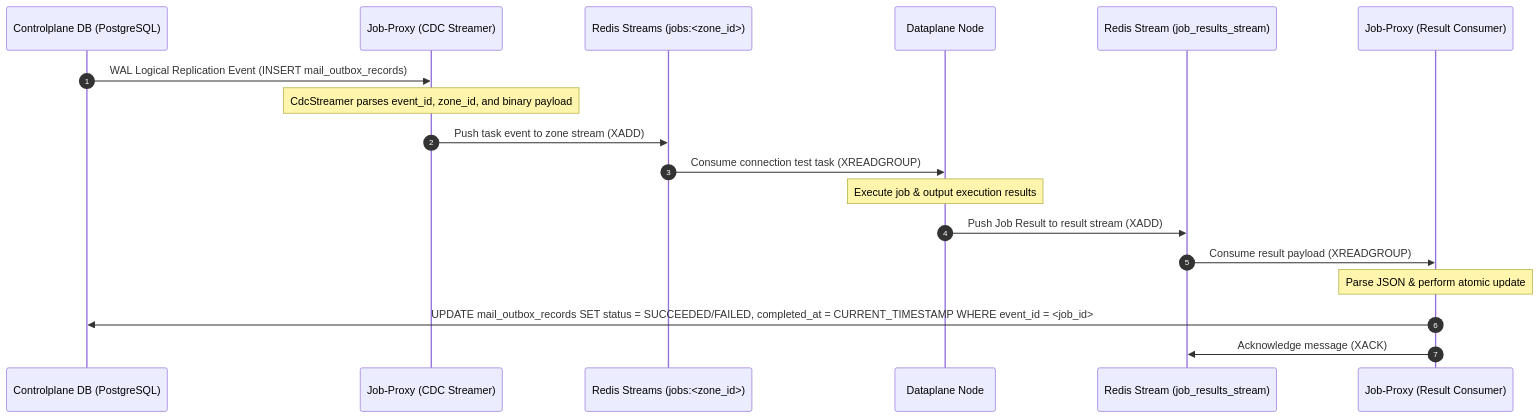
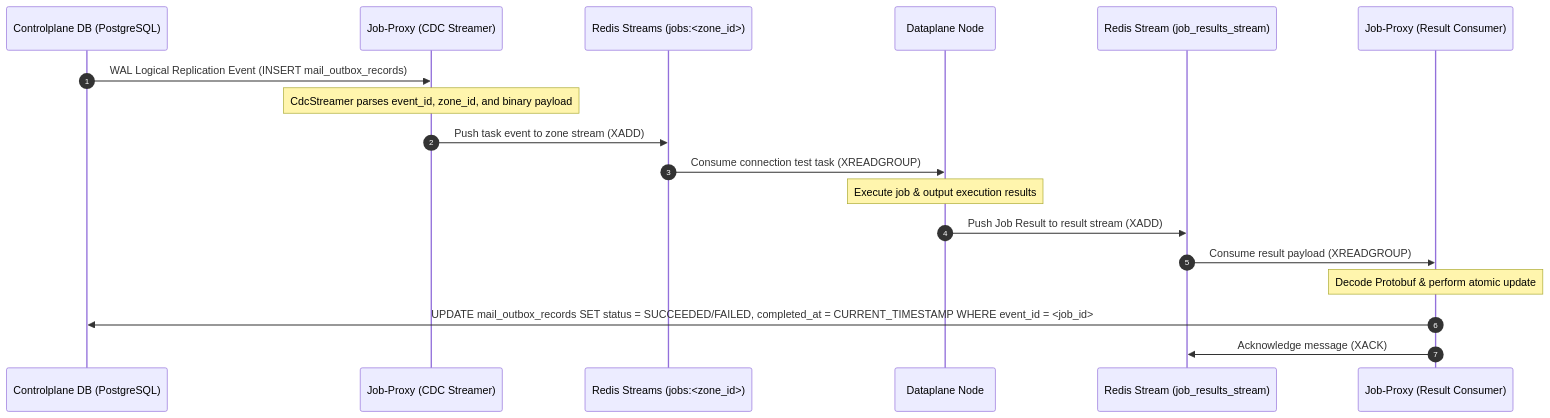
One commit to phucle996/aurora changed the third of 7 diagrams in god_view/mail/try_connect_god_view_workflow.md. Above: the diagram before and after it, drawn with Mermaid. The commit also changed other lines of this file and 49 other files, not shown here.

````diff
--- a/god_view/mail/try_connect_god_view_workflow.md
+++ b/god_view/mail/try_connect_god_view_workflow.md
@@ -274,23 +274,23 @@
 ```mermaid
 sequenceDiagram
     autonumber
     participant DB as Controlplane DB (PostgreSQL)
     participant JP_CDC as Job-Proxy (CDC Streamer)
     participant RDS as Redis Streams (jobs:<zone_id>)
     participant DP as Dataplane Node
     participant RDS_RES as Redis Stream (job_results_stream)
     participant JP_RC as Job-Proxy (Result Consumer)
 
     DB->>JP_CDC: WAL Logical Replication Event (INSERT mail_outbox_records)
     Note over JP_CDC: CdcStreamer parses event_id, zone_id, and binary payload
     JP_CDC->>RDS: Push task event to zone stream (XADD)
     
     RDS->>DP: Consume connection test task (XREADGROUP)
     Note over DP: Execute job & output execution results
     DP->>RDS_RES: Push Job Result to result stream (XADD)
     
     RDS_RES->>JP_RC: Consume result payload (XREADGROUP)
-    Note over JP_RC: Parse JSON & perform atomic update
+    Note over JP_RC: Decode Protobuf & perform atomic update
     JP_RC->>DB: UPDATE mail_outbox_records SET status = SUCCEEDED/FAILED, completed_at = CURRENT_TIMESTAMP WHERE event_id = <job_id>
     JP_RC->>RDS_RES: Acknowledge message (XACK)
 ```
````
